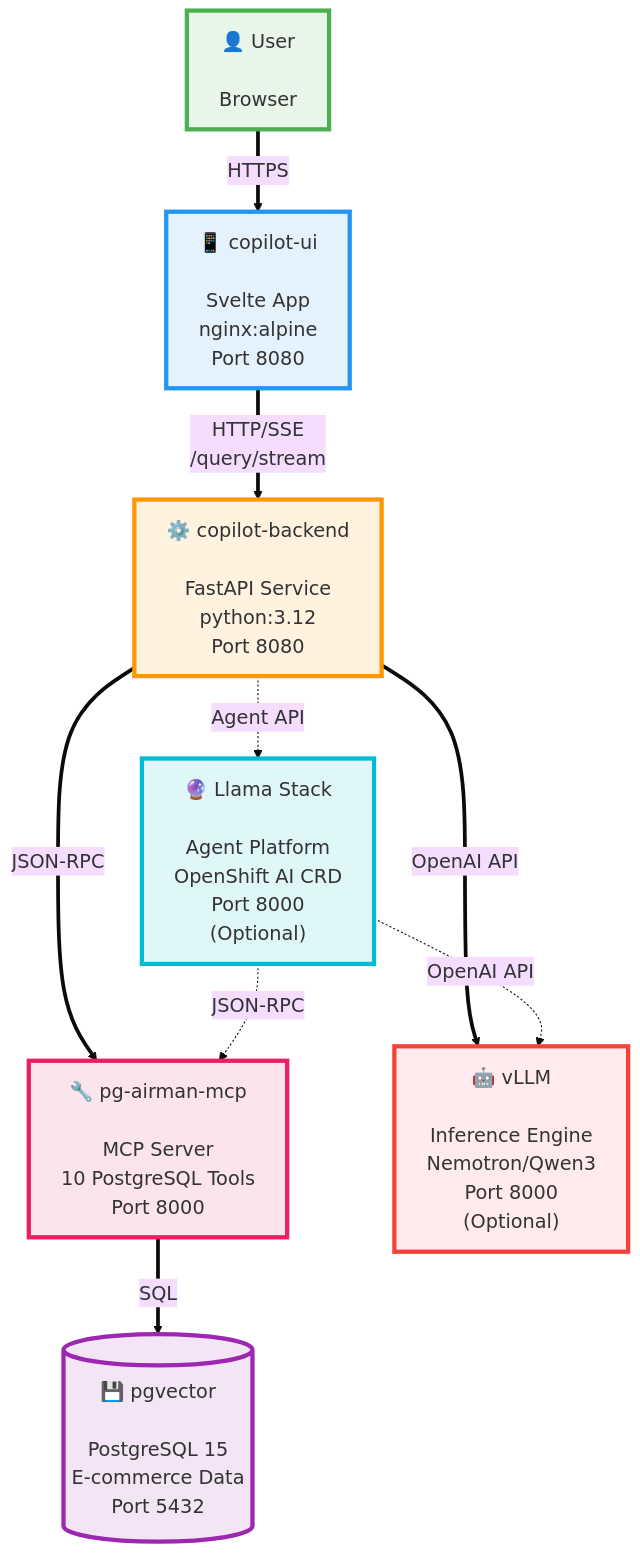
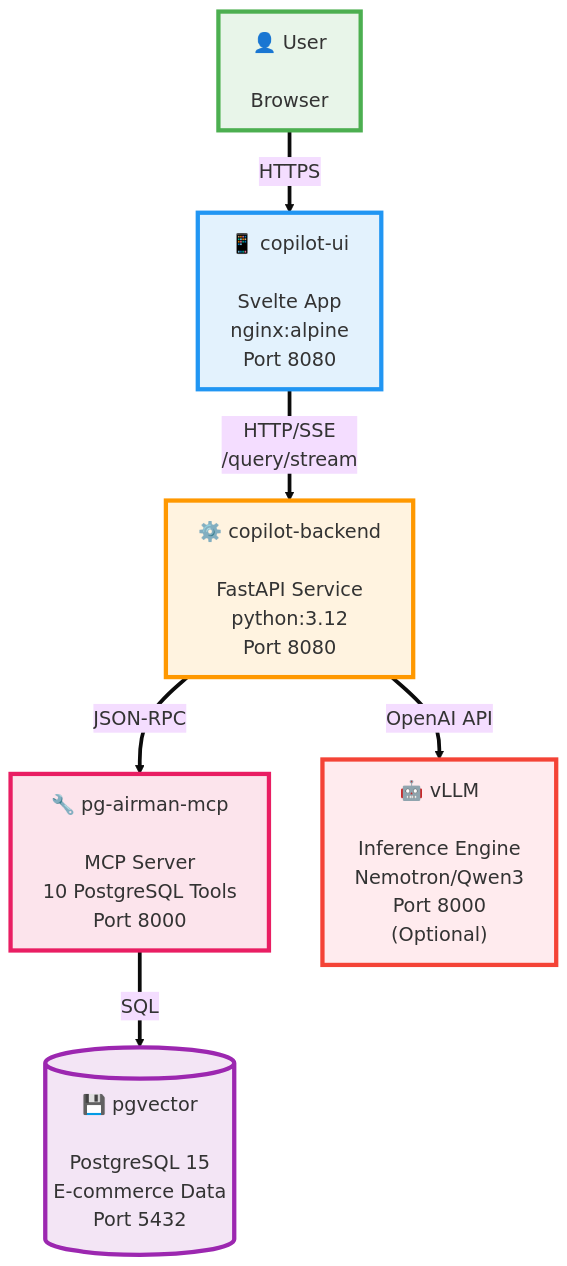
Before and after one commit to rh-ai-quickstart/data-governance-co-pilot: the first of 9 diagrams in docs/ARCHITECTURE.md, drawn with Mermaid. The commit also changed other lines of this file and 33 other files, not shown here.

Commit message:
Remove MinIO; pin pg-airman-mcp to v1.0.0; make cluster builds reproducible; configurable GPU tolerations; drop Llama Stack from docs

````diff
--- a/docs/ARCHITECTURE.md
+++ b/docs/ARCHITECTURE.md
@@ -7,38 +9,31 @@
 ```mermaid
 %%{init: {'theme': 'base', 'themeVariables': { 'fontSize': '18px', 'fontFamily': 'arial'}}}%%
 graph TB
     USER["👤 User<br/><br/>Browser"]
     
     UI["📱 copilot-ui<br/><br/>Svelte App<br/>nginx:alpine<br/>Port 8080"]
     
     BE["⚙️ copilot-backend<br/><br/>FastAPI Service<br/>python:3.12<br/>Port 8080"]
     
     MCP["🔧 pg-airman-mcp<br/><br/>MCP Server<br/>10 PostgreSQL Tools<br/>Port 8000"]
     
     DB[("💾 pgvector<br/><br/>PostgreSQL 15<br/>E-commerce Data<br/>Port 5432")]
     
     LLM["🤖 vLLM<br/><br/>Inference Engine<br/>Nemotron/Qwen3<br/>Port 8000<br/>(Optional)"]
     
-    LS["🔮 Llama Stack<br/><br/>Agent Platform<br/>OpenShift AI CRD<br/>Port 8000<br/>(Optional)"]
-    
     USER ==>|"HTTPS"| UI
     
     UI ==>|"HTTP/SSE<br/>/query/stream"| BE
     
     BE ==>|"JSON-RPC"| MCP
     BE ==>|"OpenAI API"| LLM
-    BE -.->|"Agent API"| LS
-    
-    LS -.->|"JSON-RPC"| MCP
-    LS -.->|"OpenAI API"| LLM
     
     MCP ==>|"SQL"| DB
     
     style USER fill:#E8F5E9,stroke:#4CAF50,stroke-width:4px
     style UI fill:#E3F2FD,stroke:#2196F3,stroke-width:4px
     style BE fill:#FFF3E0,stroke:#FF9800,stroke-width:4px
     style MCP fill:#FCE4EC,stroke:#E91E63,stroke-width:4px
     style DB fill:#F3E5F5,stroke:#9C27B0,stroke-width:4px
     style LLM fill:#FFEBEE,stroke:#F44336,stroke-width:4px
-    style LS fill:#E0F7FA,stroke:#00BCD4,stroke-width:4px
 ```
````
